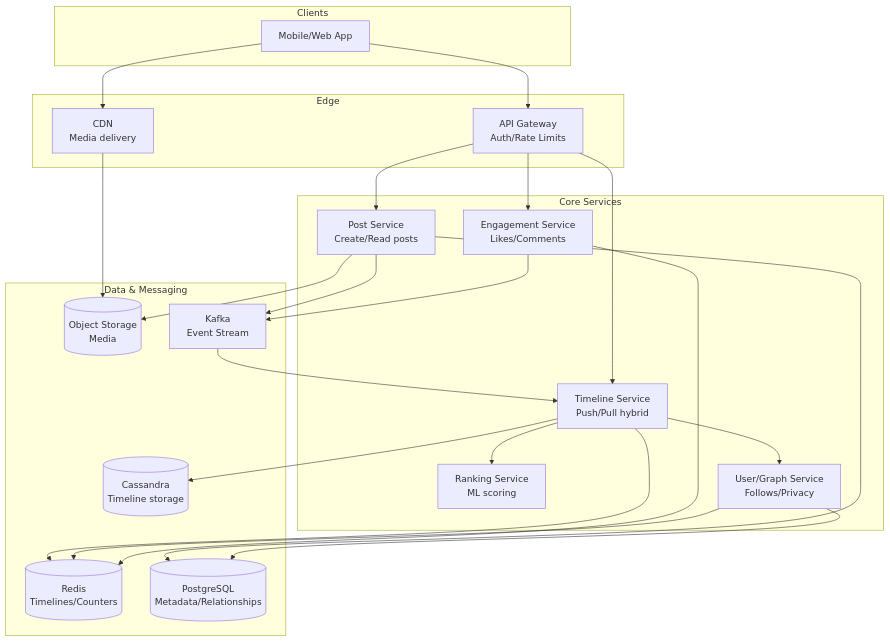
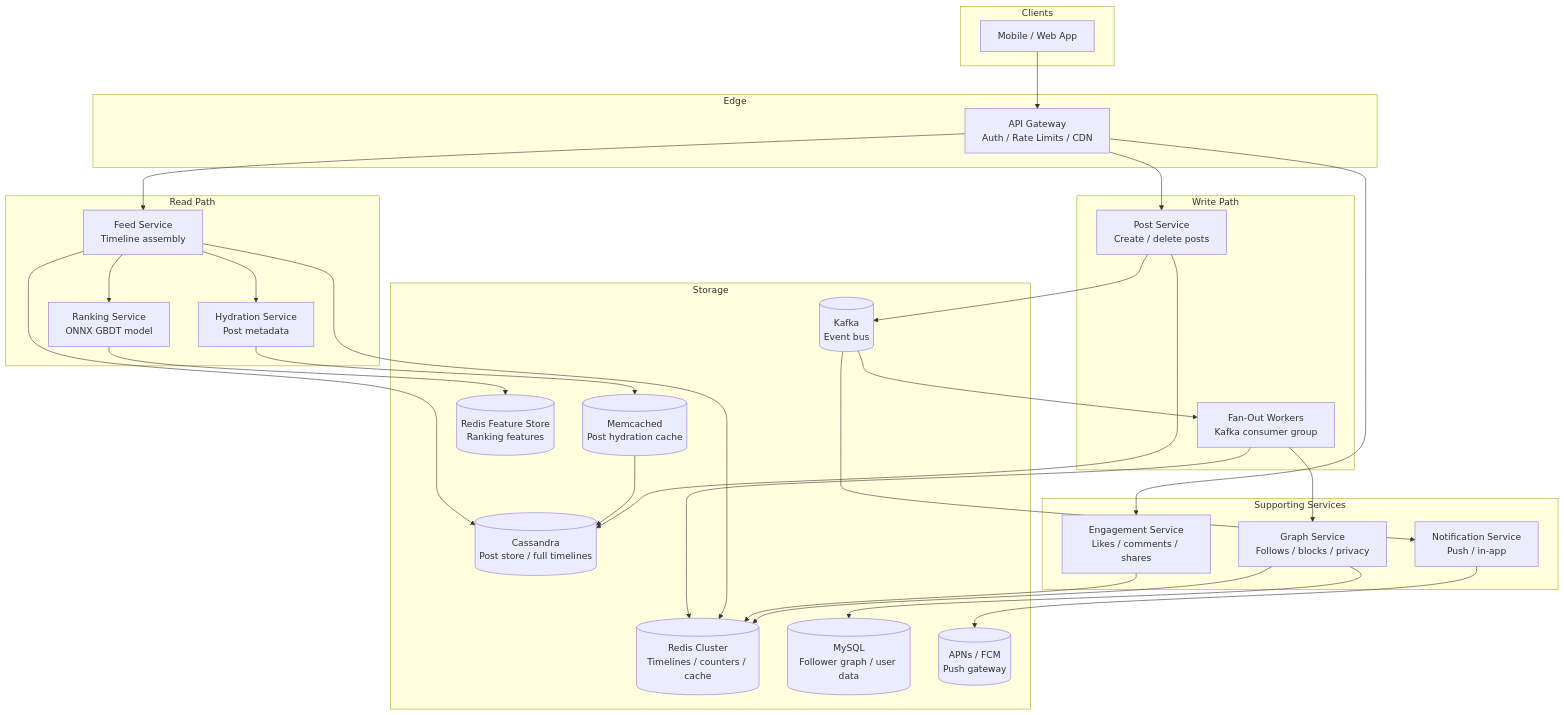
The diagram in case-studies/04-social-media-news-feed/02-architecture.md (VenkataAnilKumar/System-Design-Case-Studies), drawn with Mermaid before and after one commit. The commit also changed other lines of this file and 12 other files, not shown here.

````diff
--- a/case-studies/04-social-media-news-feed/02-architecture.md
+++ b/case-studies/04-social-media-news-feed/02-architecture.md
@@ -3,51 +27,56 @@
 ```mermaid
 flowchart TB
-   subgraph Clients
-      App[Mobile/Web App]
-   end
+  subgraph Clients
+    App[Mobile / Web App]
+  end
 
-   subgraph Edge
-      API[API Gateway\nAuth/Rate Limits]
-      CDN[CDN\nMedia delivery]
-   end
+  subgraph Edge
+    API[API Gateway\nAuth / Rate Limits / CDN]
+  end
 
-   subgraph Core Services
-      PostSvc[Post Service\nCreate/Read posts]
-      TimelineSvc[Timeline Service\nPush/Pull hybrid]
-      RankSvc[Ranking Service\nML scoring]
-      GraphSvc[User/Graph Service\nFollows/Privacy]
-      EngageSvc[Engagement Service\nLikes/Comments]
-   end
+  subgraph Write Path
+    PostSvc[Post Service\nCreate / delete posts]
+    FanOutWorker[Fan-Out Workers\nKafka consumer group]
+  end
 
-   subgraph Data & Messaging
-      Redis[(Redis\nTimelines/Counters)]
-      PG[(PostgreSQL\nMetadata/Relationships)]
-      Cassandra[(Cassandra\nTimeline storage)]
-      S3[(Object Storage\nMedia)]
-      Kafka[Kafka\nEvent Stream]
-   end
+  subgraph Read Path
+    FeedSvc[Feed Service\nTimeline assembly]
+    RankSvc[Ranking Service\nONNX GBDT model]
+    HydrateSvc[Hydration Service\nPost metadata]
+  end
 
-   App --> API
-   API --> PostSvc
-   API --> TimelineSvc
-   API --> EngageSvc
-  
-   PostSvc --> PG
-   PostSvc --> S3
-   PostSvc --> Kafka
-  
-   Kafka --> TimelineSvc
-   TimelineSvc --> Redis
-   TimelineSvc --> Cassandra
-   TimelineSvc --> GraphSvc
-   TimelineSvc --> RankSvc
-  
-   GraphSvc --> Redis
-   GraphSvc --> PG
-  
-   EngageSvc --> Redis
-   EngageSvc --> Kafka
-  
-   CDN --> S3
-   App --> CDN
+  subgraph Supporting Services
+    GraphSvc[Graph Service\nFollows / blocks / privacy]
+    EngageSvc[Engagement Service\nLikes / comments / shares]
+    NotifSvc[Notification Service\nPush / in-app]
+  end
+
+  subgraph Storage
+    Kafka[(Kafka\nEvent bus)]
+    Redis[(Redis Cluster\nTimelines / counters / cache)]
+    Cassandra[(Cassandra\nPost store / full timelines)]
+    MySQL[(MySQL\nFollower graph / user data)]
+    Memcached[(Memcached\nPost hydration cache)]
+    FeatureStore[(Redis Feature Store\nRanking features)]
+    PushGW[(APNs / FCM\nPush gateway)]
+  end
+
+  App --> API
+
+  API --> PostSvc --> Kafka
+  API --> FeedSvc
+  API --> EngageSvc
+
+  Kafka --> FanOutWorker --> Redis
+  Kafka --> NotifSvc --> PushGW
+
+  FeedSvc --> Redis
+  FeedSvc --> Cassandra
+  FeedSvc --> HydrateSvc --> Memcached --> Cassandra
+  FeedSvc --> RankSvc --> FeatureStore
+
+  PostSvc --> Cassandra
+  EngageSvc --> Redis
+  GraphSvc --> MySQL & Redis
+  FanOutWorker --> GraphSvc
 ```
````
